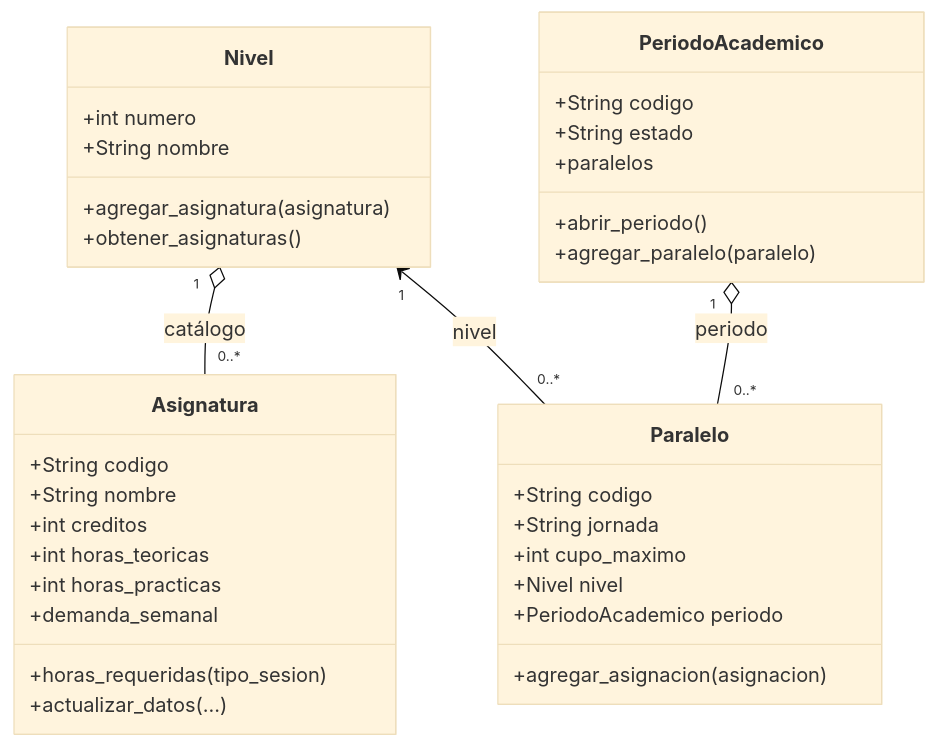
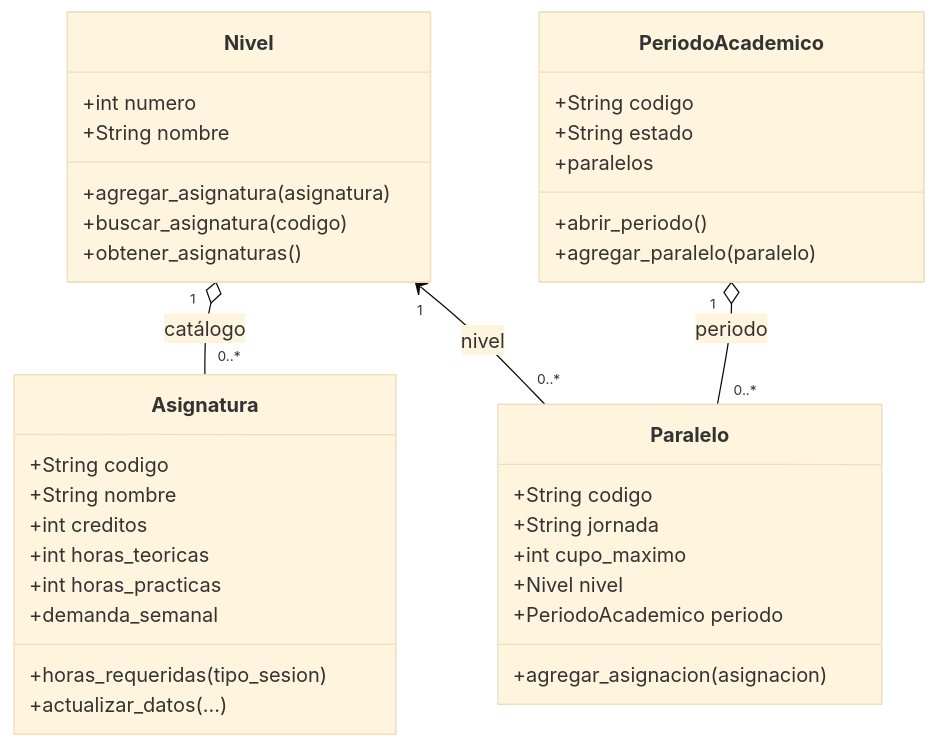
The diagram in docs/uml_catalogo_academico.md (Farfansito/Proyecto-POO), drawn with Mermaid (base theme) before and after one commit. The commit also changed 3 other files, not shown here.

````diff
--- a/docs/uml_catalogo_academico.md
+++ b/docs/uml_catalogo_academico.md
@@ -6,41 +6,42 @@
 ```mermaid
 classDiagram
     class Asignatura {
         +String codigo
         +String nombre
         +int creditos
         +int horas_teoricas
         +int horas_practicas
         +demanda_semanal
         +horas_requeridas(tipo_sesion)
         +actualizar_datos(...)
     }
 
     class Nivel {
         +int numero
         +String nombre
         +agregar_asignatura(asignatura)
+        +buscar_asignatura(codigo)
         +obtener_asignaturas()
     }
 
     class Paralelo {
         +String codigo
         +String jornada
         +int cupo_maximo
         +Nivel nivel
         +PeriodoAcademico periodo
         +agregar_asignacion(asignacion)
     }
 
     class PeriodoAcademico {
         +String codigo
         +String estado
         +paralelos
         +abrir_periodo()
         +agregar_paralelo(paralelo)
     }
 
     Nivel "1" o-- "0..*" Asignatura : catálogo
     Nivel "1" <-- "0..*" Paralelo : nivel
     PeriodoAcademico "1" o-- "0..*" Paralelo : periodo
 ```
````
